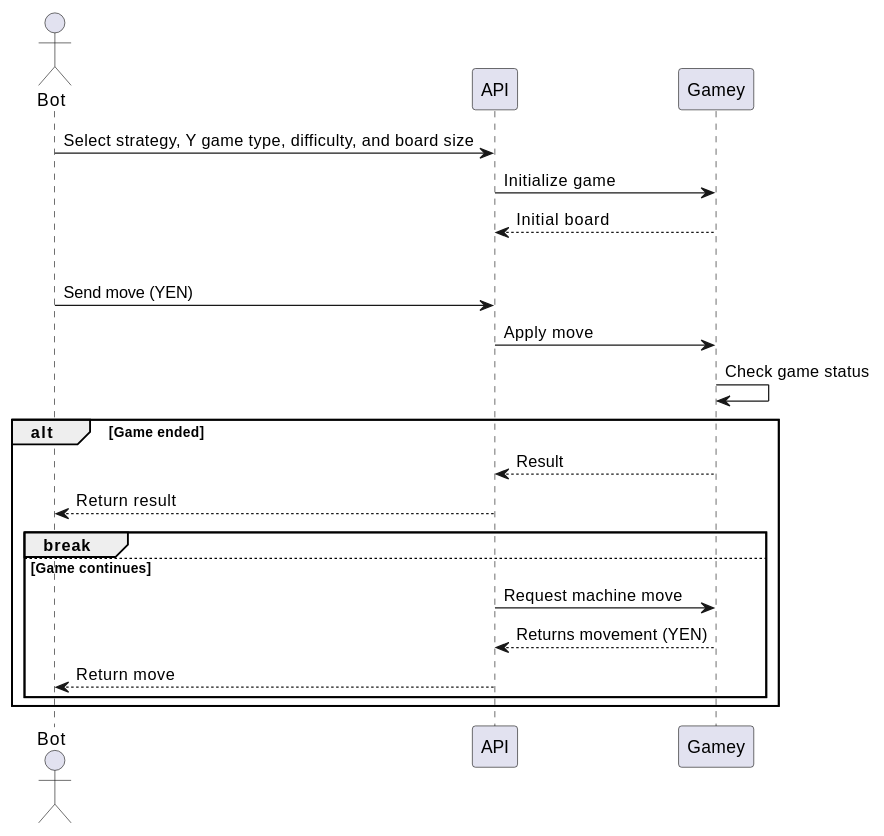
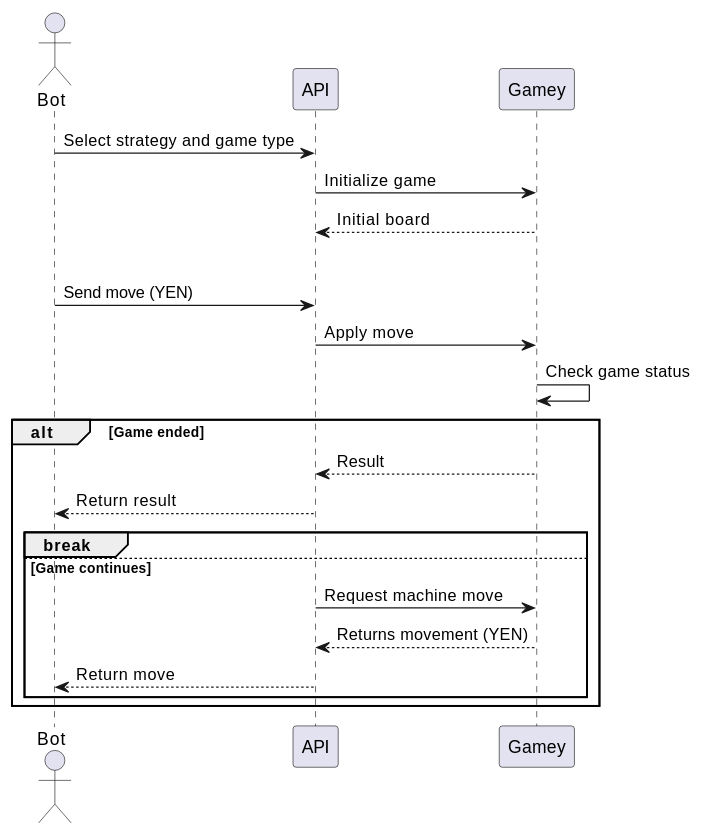
Before and after one commit to Arquisoft/yovi_es1a: the second of 3 diagrams in docs/src/06_runtime_view.adoc, drawn with PlantUML.

Commit message:
fix: point 6 documentation

```diff
--- a/docs/src/06_runtime_view.adoc
+++ b/docs/src/06_runtime_view.adoc
@@ -94,29 +94,25 @@
 [plantuml]
 ----
 @startuml
 actor Bot
 participant API
 participant Gamey
-
-Bot -> API: Select strategy, Y game type, difficulty, and board size
+Bot -> API: Select strategy and game type
 API -> Gamey: Initialize game
 Gamey --> API: Initial board
-
-
 loop Game loop
     Bot -> API: Send move (YEN)
     API -> Gamey: Apply move
     Gamey -> Gamey: Check game status
-
     alt Game ended
         Gamey --> API: Result
         API --> Bot: Return result
         break
     else Game continues
         API -> Gamey: Request machine move
         Gamey --> API: Returns movement (YEN)
         API --> Bot: Return move
     end
 end
 @enduml
 ----
```
